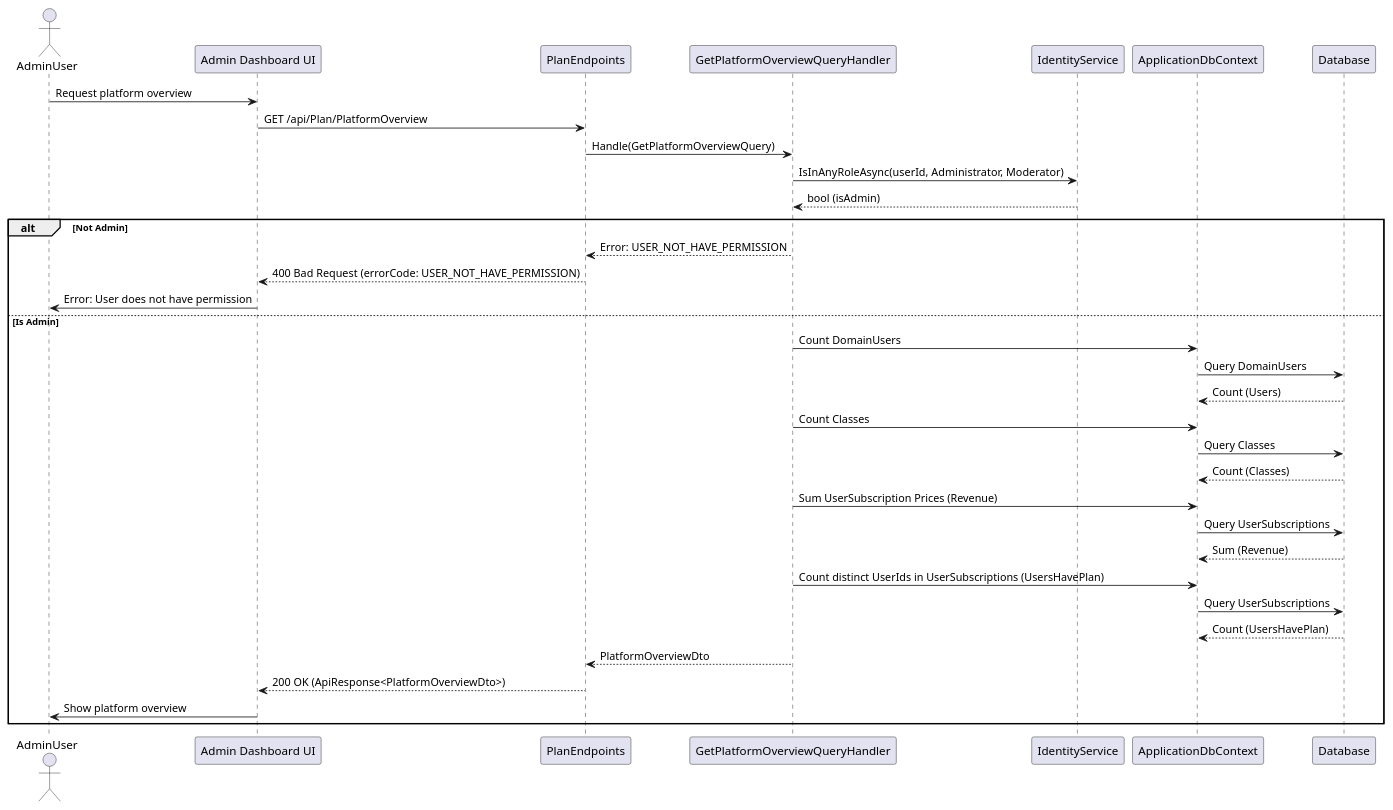
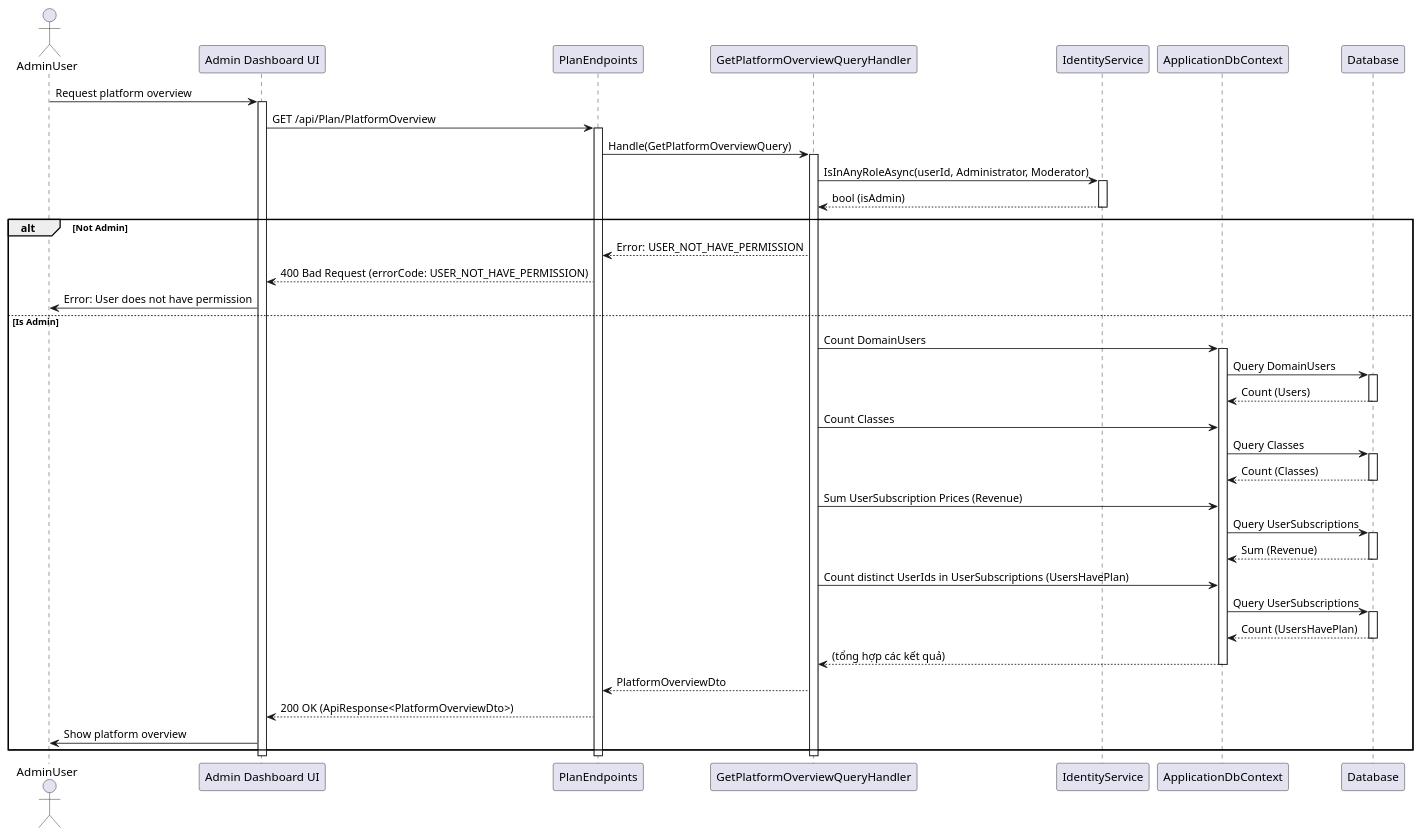
One commit to thanhkhac/SEP_Diagram changed the diagram in Plans/Sequence/GetPlatformOverviewQuery.puml. Above: the diagram before and after it, drawn with PlantUML. The commit also changed 5 other files, not shown here.

First line of the commit message:
Add activation and deactivation steps to sequence diagrams

```diff
--- a/Plans/Sequence/GetPlatformOverviewQuery.puml
+++ b/Plans/Sequence/GetPlatformOverviewQuery.puml
@@ -1,36 +1,55 @@
 @startuml
 actor AdminUser
 participant "Admin Dashboard UI" as UI
 participant PlanEndpoints
 participant GetPlatformOverviewQueryHandler as Handler
 participant IdentityService
 participant ApplicationDbContext
 participant Database
 
 AdminUser -> UI : Request platform overview
+activate UI
 UI -> PlanEndpoints : GET /api/Plan/PlatformOverview
+activate PlanEndpoints
 PlanEndpoints -> Handler : Handle(GetPlatformOverviewQuery)
+activate Handler
 Handler -> IdentityService : IsInAnyRoleAsync(userId, Administrator, Moderator)
+activate IdentityService
 IdentityService --> Handler : bool (isAdmin)
+deactivate IdentityService
 alt Not Admin
     Handler --> PlanEndpoints : Error: USER_NOT_HAVE_PERMISSION
     PlanEndpoints --> UI : 400 Bad Request (errorCode: USER_NOT_HAVE_PERMISSION)
     UI -> AdminUser : Error: User does not have permission
 else Is Admin
     Handler -> ApplicationDbContext : Count DomainUsers
+    activate ApplicationDbContext
     ApplicationDbContext -> Database : Query DomainUsers
+    activate Database
     Database --> ApplicationDbContext : Count (Users)
+deactivate Database
     Handler -> ApplicationDbContext : Count Classes
     ApplicationDbContext -> Database : Query Classes
+    activate Database
     Database --> ApplicationDbContext : Count (Classes)
+deactivate Database
     Handler -> ApplicationDbContext : Sum UserSubscription Prices (Revenue)
     ApplicationDbContext -> Database : Query UserSubscriptions
+    activate Database
     Database --> ApplicationDbContext : Sum (Revenue)
+deactivate Database
     Handler -> ApplicationDbContext : Count distinct UserIds in UserSubscriptions (UsersHavePlan)
     ApplicationDbContext -> Database : Query UserSubscriptions
+    activate Database
     Database --> ApplicationDbContext : Count (UsersHavePlan)
+deactivate Database
+    ApplicationDbContext --> Handler : (tổng hợp các kết quả)
+deactivate ApplicationDbContext
     Handler --> PlanEndpoints : PlatformOverviewDto
     PlanEndpoints --> UI : 200 OK (ApiResponse<PlatformOverviewDto>)
     UI -> AdminUser : Show platform overview
 end
+deactivate Handler
+deactivate PlanEndpoints
+deactivate UI
 @enduml
```
